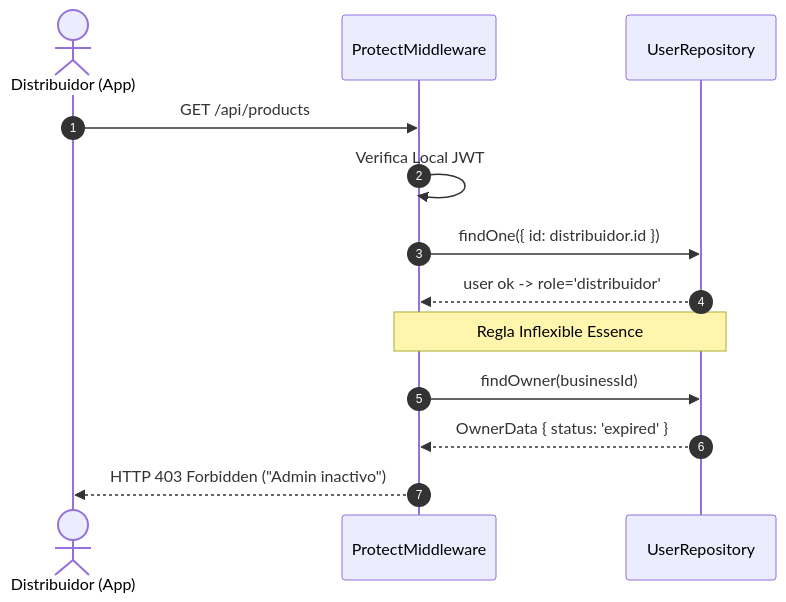
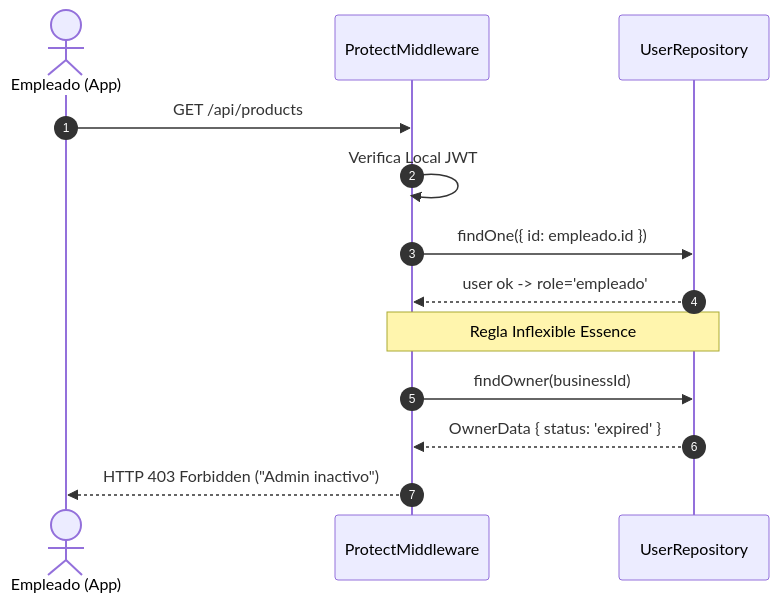
Before and after one commit to Thesergioandres/essence-landing-page: the second of 2 diagrams in docs/DIAGRAMAS_DE_SECUENCIA.md, drawn with Mermaid. The commit also changed other lines of this file and 397 other files, not shown here.

````diff
--- a/docs/DIAGRAMAS_DE_SECUENCIA.md
+++ b/docs/DIAGRAMAS_DE_SECUENCIA.md
@@ -50,18 +50,18 @@
 ```mermaid
 sequenceDiagram
     autonumber
-    actor Dist as Distribuidor (App)
+    actor Dist as Empleado (App)
     participant Auth as ProtectMiddleware
     participant DBUser as UserRepository
     
     Dist->>Auth: GET /api/products
     Auth->>Auth: Verifica Local JWT
-    Auth->>DBUser: findOne({ id: distribuidor.id })
-    DBUser-->>Auth: user ok -> role='distribuidor'
+    Auth->>DBUser: findOne({ id: empleado.id })
+    DBUser-->>Auth: user ok -> role='empleado'
     
     Note over Auth, DBUser: Regla Inflexible Essence
     Auth->>DBUser: findOwner(businessId)
     DBUser-->>Auth: OwnerData { status: 'expired' }
     
     Auth-->>Dist: HTTP 403 Forbidden ("Admin inactivo")
 ```
````
